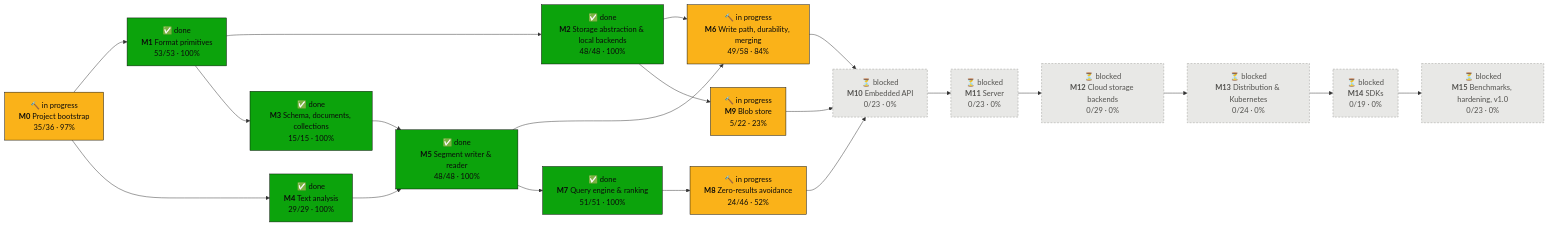
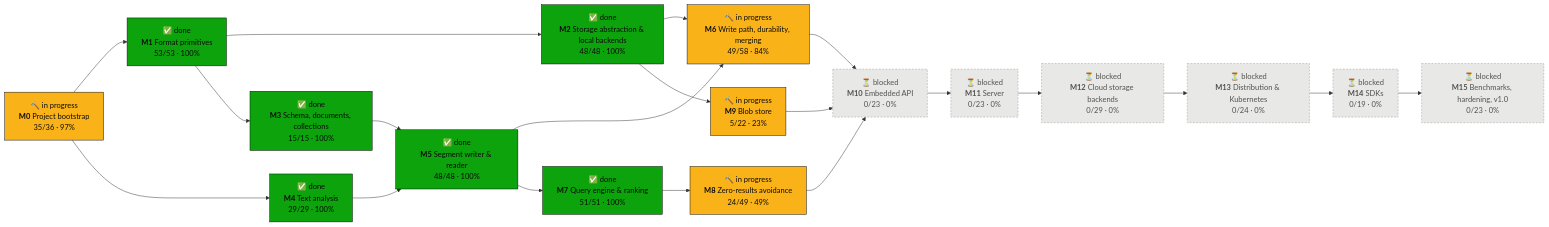
Before and after one commit to tomiok/persiaDB: the first of 2 diagrams in PROGRESS.md, drawn with Mermaid. The commit also changed other lines of this file and 23 other files, not shown here.

First line of the commit message:
feat(engine): typo and exactness tiers as cascade steps (ROADMAP 8.2.7)

````diff
--- a/PROGRESS.md
+++ b/PROGRESS.md
@@ -16,42 +16,42 @@
 ```mermaid
 flowchart LR
   M0["🔨 in progress<br/><b>M0</b> Project bootstrap<br/>35/36 · 97%"]:::doing
   M1["✅ done<br/><b>M1</b> Format primitives<br/>53/53 · 100%"]:::done
   M2["✅ done<br/><b>M2</b> Storage abstraction & local backends<br/>48/48 · 100%"]:::done
   M3["✅ done<br/><b>M3</b> Schema, documents, collections<br/>15/15 · 100%"]:::done
   M4["✅ done<br/><b>M4</b> Text analysis<br/>29/29 · 100%"]:::done
   M5["✅ done<br/><b>M5</b> Segment writer & reader<br/>48/48 · 100%"]:::done
   M6["🔨 in progress<br/><b>M6</b> Write path, durability, merging<br/>49/58 · 84%"]:::doing
   M7["✅ done<br/><b>M7</b> Query engine & ranking<br/>51/51 · 100%"]:::done
-  M8["🔨 in progress<br/><b>M8</b> Zero-results avoidance<br/>24/46 · 52%"]:::doing
+  M8["🔨 in progress<br/><b>M8</b> Zero-results avoidance<br/>24/49 · 49%"]:::doing
   M9["🔨 in progress<br/><b>M9</b> Blob store<br/>5/22 · 23%"]:::doing
   M10["⏳ blocked<br/><b>M10</b> Embedded API<br/>0/23 · 0%"]:::blocked
   M11["⏳ blocked<br/><b>M11</b> Server<br/>0/23 · 0%"]:::blocked
   M12["⏳ blocked<br/><b>M12</b> Cloud storage backends<br/>0/29 · 0%"]:::blocked
   M13["⏳ blocked<br/><b>M13</b> Distribution & Kubernetes<br/>0/24 · 0%"]:::blocked
   M14["⏳ blocked<br/><b>M14</b> SDKs<br/>0/19 · 0%"]:::blocked
   M15["⏳ blocked<br/><b>M15</b> Benchmarks, hardening, v1.0<br/>0/23 · 0%"]:::blocked
   M0 --> M1
   M1 --> M2
   M1 --> M3
   M0 --> M4
   M3 --> M5
   M4 --> M5
   M2 --> M6
   M5 --> M6
   M5 --> M7
   M7 --> M8
   M2 --> M9
   M6 --> M10
   M8 --> M10
   M9 --> M10
   M10 --> M11
   M11 --> M12
   M12 --> M13
   M13 --> M14
   M14 --> M15
   classDef done fill:#0ca30c,stroke:#0b0b0b,color:#0b0b0b
   classDef doing fill:#fab219,stroke:#0b0b0b,color:#0b0b0b
   classDef ready fill:#fcfcfb,stroke:#0b0b0b,stroke-width:2px,color:#0b0b0b
   classDef blocked fill:#e8e8e6,stroke:#9a9a96,stroke-dasharray:4 3,color:#52514e
 ```
````
